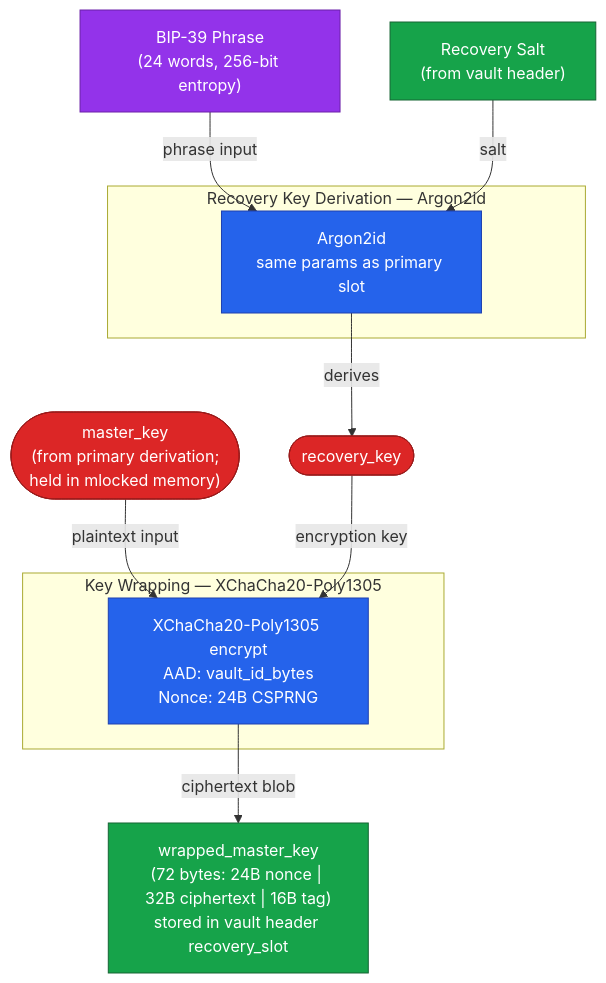
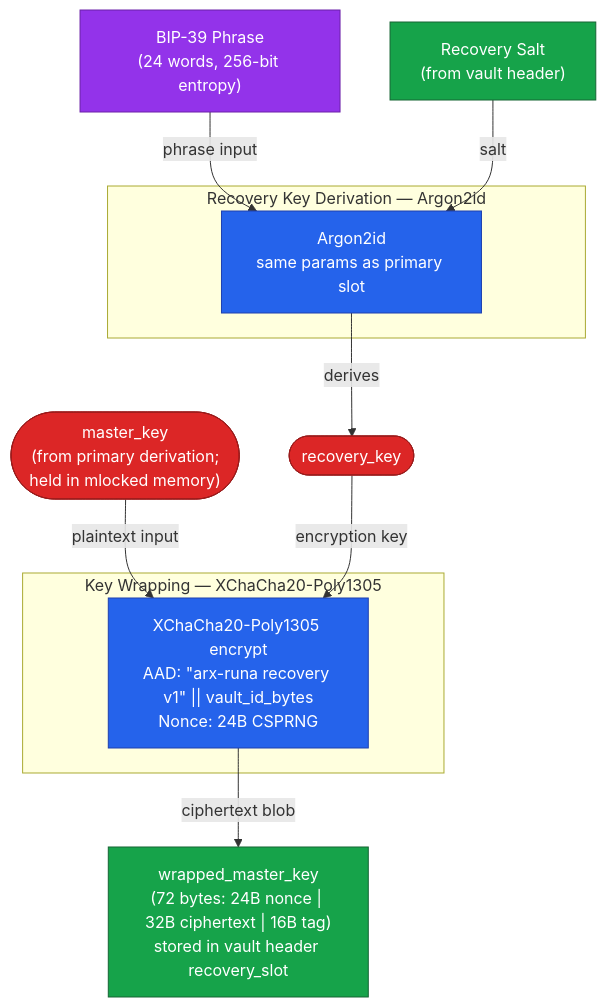
The diagram in docs/how-it-works/recovery.md (salgaard/arx-runa), drawn with Mermaid before and after one commit. The commit also changed 22 other files, not shown here.

Commit message:
new github actions for secret scan and improve diagrams

````diff
--- a/docs/how-it-works/recovery.md
+++ b/docs/how-it-works/recovery.md
@@ -11,32 +11,32 @@
 ```mermaid
 flowchart TD
     PHRASE["BIP-39 Phrase<br/>(24 words, 256-bit entropy)"]:::user
     REC_SALT["Recovery Salt<br/>(from vault header)"]:::storage
 
     subgraph REC_KDF ["Recovery Key Derivation — Argon2id"]
         REC_ARGON["Argon2id<br/>same params as primary slot"]:::crypto
     end
 
     REC_KEY(["recovery_key"]):::secret
 
     MK_INPUT(["master_key<br/>(from primary derivation;<br/>held in mlocked memory)"]):::secret
 
     subgraph WRAP_BLOCK ["Key Wrapping — XChaCha20-Poly1305"]
-        WRAP["XChaCha20-Poly1305 encrypt<br/>AAD: vault_id_bytes<br/>Nonce: 24B CSPRNG"]:::crypto
+        WRAP["XChaCha20-Poly1305 encrypt<br/>AAD: #34;arx-runa recovery v1#34; #124;#124; vault_id_bytes<br/>Nonce: 24B CSPRNG"]:::crypto
     end
 
-    WMK["wrapped_master_key<br/>(72 bytes: 24B nonce | 32B ciphertext | 16B tag)<br/>stored in vault header recovery_slot"]:::storage
+    WMK["wrapped_master_key<br/>(72 bytes: 24B nonce #124; 32B ciphertext #124; 16B tag)<br/>stored in vault header recovery_slot"]:::storage
 
     PHRASE -->|phrase input| REC_ARGON
     REC_SALT -->|salt| REC_ARGON
     REC_ARGON -->|derives| REC_KEY
 
     MK_INPUT -->|plaintext input| WRAP
     REC_KEY -->|encryption key| WRAP
     WRAP -->|ciphertext blob| WMK
 
     classDef secret fill:#dc2626,stroke:#991b1b,color:#fff
     classDef crypto fill:#2563eb,stroke:#1e40af,color:#fff
     classDef storage fill:#16a34a,stroke:#166534,color:#fff
     classDef user fill:#9333ea,stroke:#6b21a8,color:#fff
 ```
````
